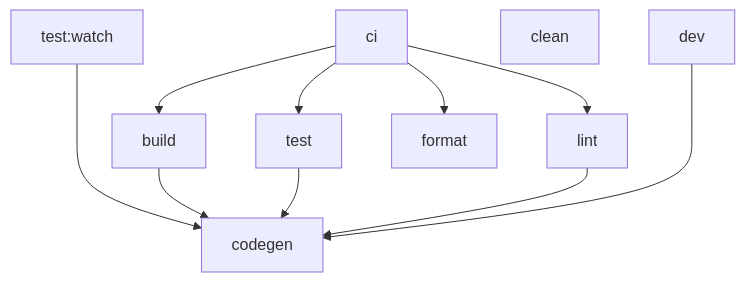
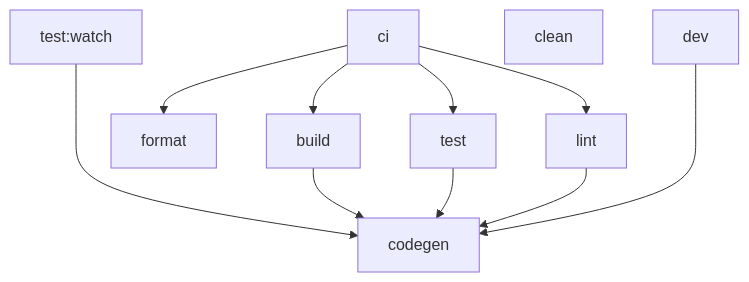
Before and after one commit to connorjs/nx-polyglot-example: the first of 2 diagrams in README.md, drawn with Mermaid. The commit also changed other lines of this file and 4 other files, not shown here.

````diff
--- a/README.md
+++ b/README.md
@@ -209,16 +209,16 @@
 ```mermaid
 graph TB;
     test:watch ---> codegen
 
+    ci --> format
     ci --> build
     ci --> test
     ci --> lint
-    ci --> format
 
     build --> codegen
     test --> codegen
     lint --> codegen
 
     clean
     dev ---> codegen
 ```
````
